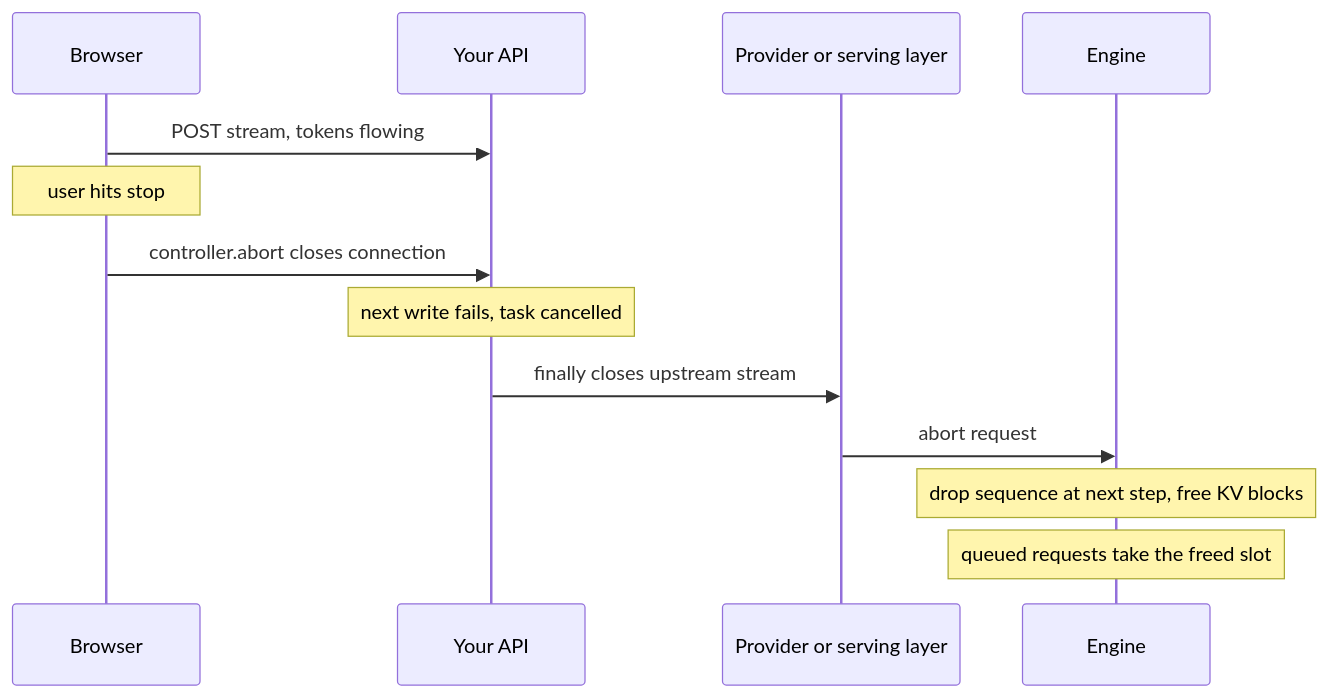
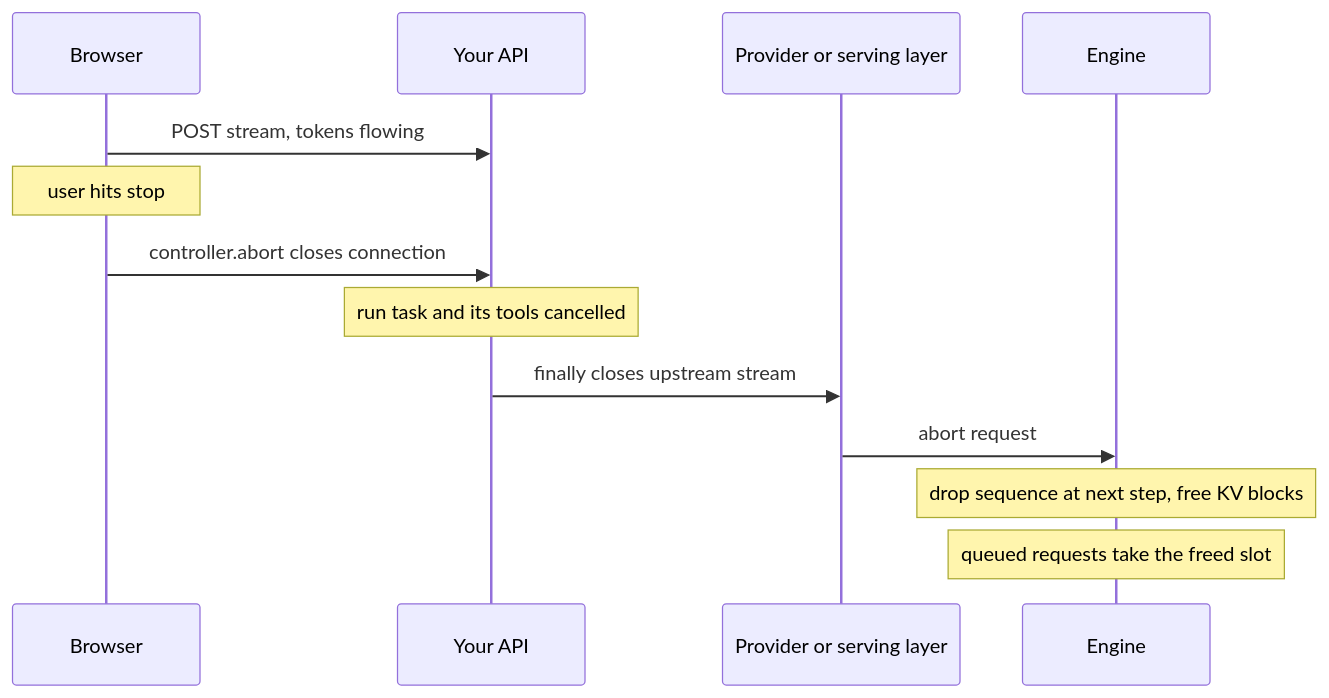
The diagram in content/serving-inference/cancellation.md (lovishmahajan97/agentic-learning), drawn with Mermaid before and after one commit. The commit also changed other lines of this file and 266 other files, not shown here.

````diff
--- a/content/serving-inference/cancellation.md
+++ b/content/serving-inference/cancellation.md
@@ -111,15 +135,15 @@
 ```mermaid
 sequenceDiagram
     participant B as Browser
     participant A as Your API
     participant G as Provider or serving layer
     participant E as Engine
     B->>A: POST stream, tokens flowing
     Note over B: user hits stop
     B->>A: controller.abort closes connection
-    Note over A: next write fails, task cancelled
+    Note over A: run task and its tools cancelled
     A->>G: finally closes upstream stream
     G->>E: abort request
     Note over E: drop sequence at next step, free KV blocks
     Note over E: queued requests take the freed slot
 ```
````
